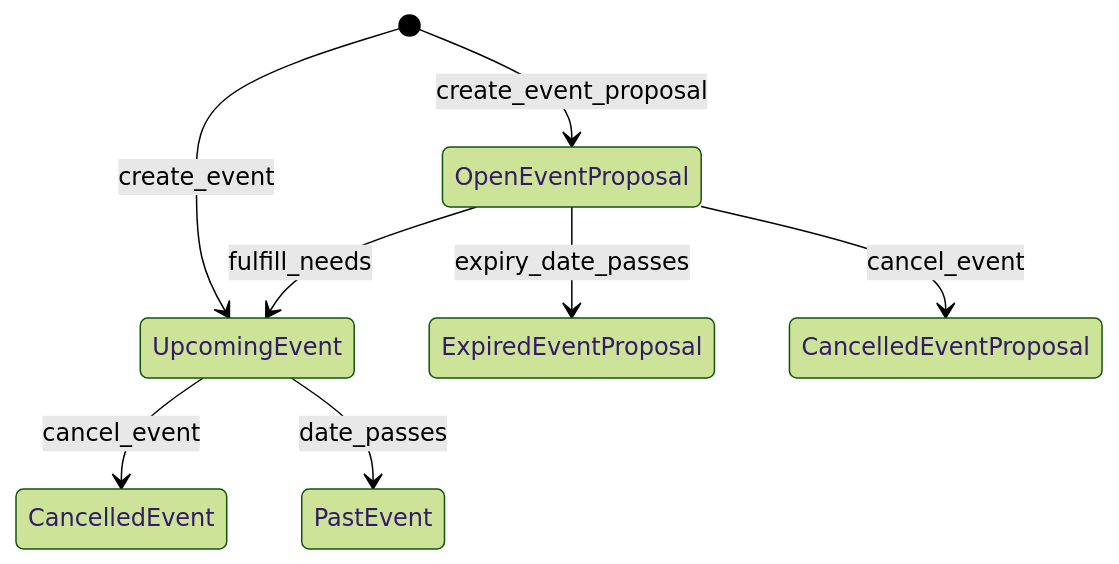
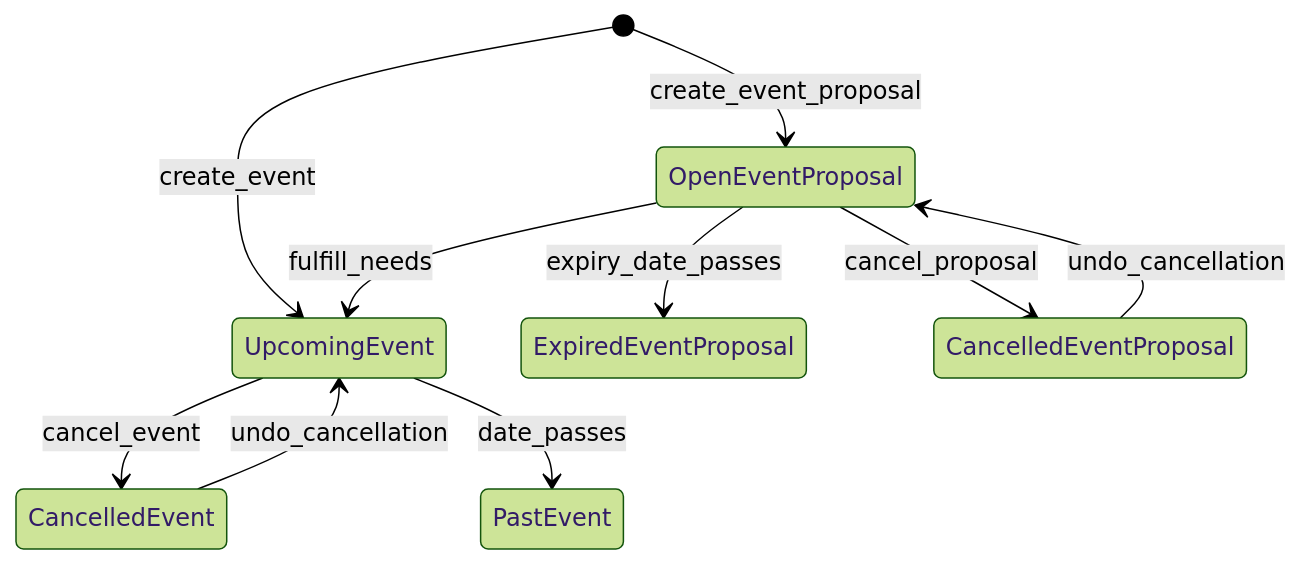
Before and after one commit to darksoil-studio/gather: the diagram in docs/DESIGN.md, drawn with Mermaid (forest theme). The commit also changed 47 other files, not shown here.

````diff
--- a/docs/DESIGN.md
+++ b/docs/DESIGN.md
@@ -2,10 +2,12 @@
 ```mermaid
 stateDiagram-v2
     [*] --> OpenEventProposal: create_event_proposal
     [*] --> UpcomingEvent: create_event
     OpenEventProposal --> UpcomingEvent: fulfill_needs
     UpcomingEvent --> CancelledEvent: cancel_event
+    CancelledEvent --> UpcomingEvent: undo_cancellation
     UpcomingEvent --> PastEvent: date_passes
     OpenEventProposal --> ExpiredEventProposal: expiry_date_passes
-    OpenEventProposal --> CancelledEventProposal: cancel_event
+    OpenEventProposal --> CancelledEventProposal: cancel_proposal
+    CancelledEventProposal --> OpenEventProposal: undo_cancellation
 ```
````
